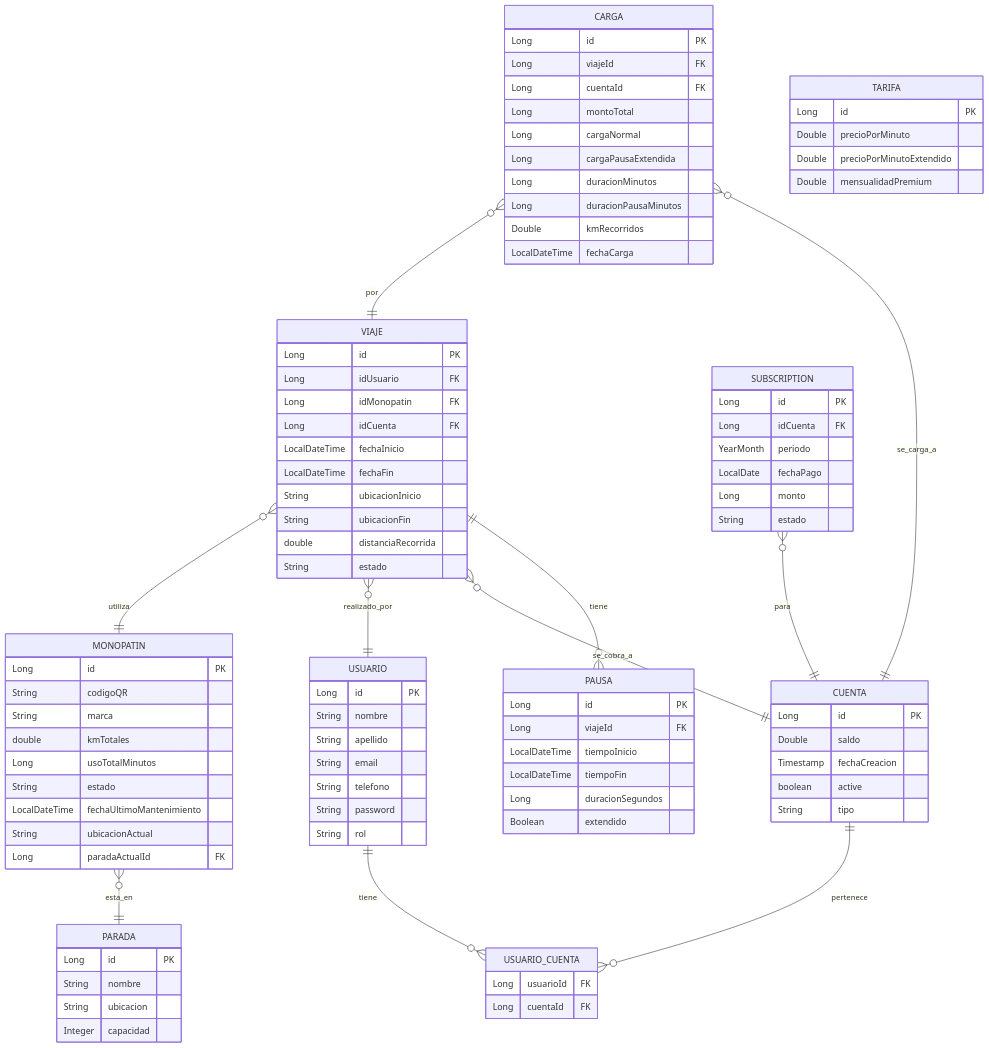
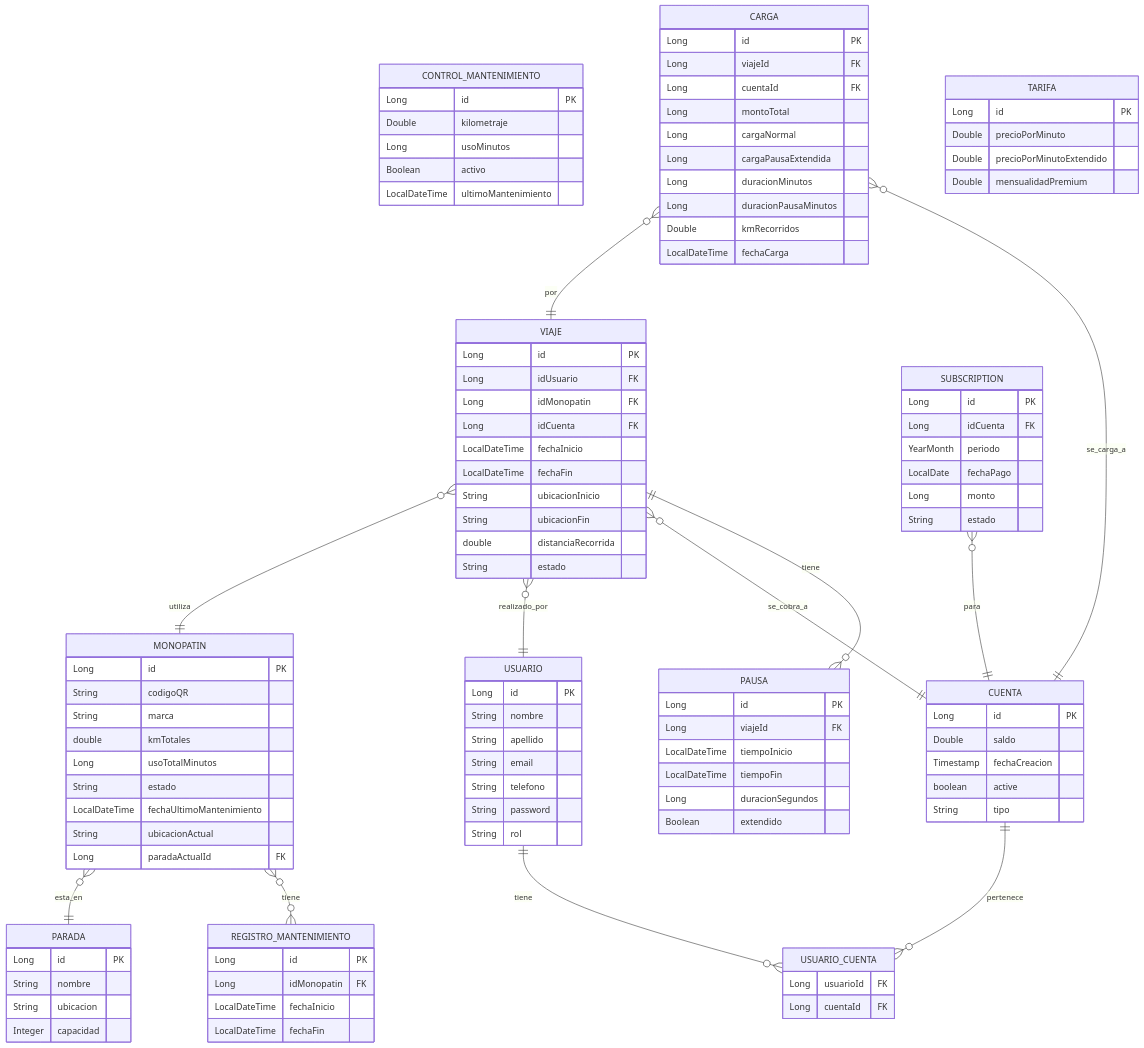
The diagram in README.md (pala83/api-monopatines), drawn with Mermaid before and after one commit. The commit also changed other lines of this file and 2 other files, not shown here.

```diff
--- a/README.md
+++ b/README.md
@@ -41,6 +41,7 @@
 
 %% Microservicio de Monopatín
     MONOPATIN }o--|| PARADA : esta_en
+    MONOPATIN }o--o{ REGISTRO_MANTENIMIENTO : tiene
     MONOPATIN {
         Long id PK
         String codigoQR
@@ -57,6 +58,21 @@
         String nombre
         String ubicacion
         Integer capacidad
+    }
+
+%% Microservicio de Mantenimiento
+    CONTROL_MANTENIMIENTO {
+        Long id PK
+        Double kilometraje
+        Long usoMinutos
+        Boolean activo
+        LocalDateTime ultimoMantenimiento
+    }
+    REGISTRO_MANTENIMIENTO {
+        Long id PK
+        Long idMonopatin FK
+        LocalDateTime fechaInicio
+        LocalDateTime fechaFin
     }
 
 %% Microservicio de Viaje
```
